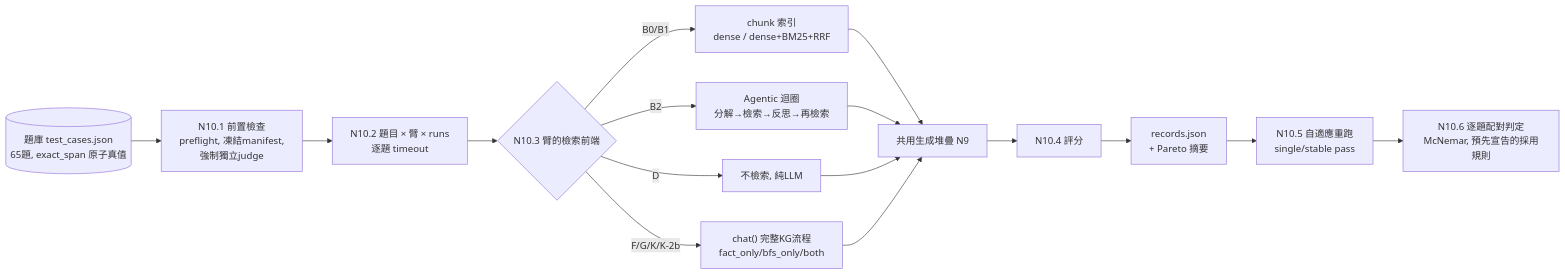
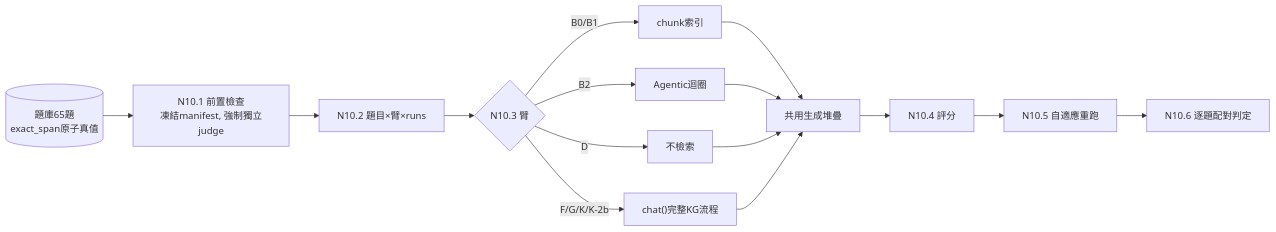
Diagram 12 of 13 in docs/報告/95_專案節點流程總覽與設計說明.md (Chester930/world-knowledge-graph-rag), drawn with Mermaid before and after one commit. The commit also changed other lines of this file and 1 other file, not shown here.

````diff
--- a/docs/報告/95_專案節點流程總覽與設計說明.md
+++ b/docs/報告/95_專案節點流程總覽與設計說明.md
@@ -472,16 +379,13 @@
 ```mermaid
 flowchart LR
-    BANK[("題庫 test_cases.json<br/>65題, exact_span 原子真值")] --> PF["N10.1 前置檢查<br/>preflight, 凍結manifest,<br/>強制獨立judge"]
-    PF --> LOOP["N10.2 題目 × 臂 × runs<br/>逐題 timeout"]
-    LOOP --> ARM{"N10.3 臂的檢索前端"}
-    ARM -- "D" --> D0["不檢索, 純LLM"]
-    ARM -- "B0/B1" --> CR["chunk 索引<br/>dense / dense+BM25+RRF"]
-    ARM -- "B2" --> AG["Agentic 迴圈<br/>分解→檢索→反思→再檢索"]
-    ARM -- "F/G/K/K-2b" --> KC["chat() 完整KG流程<br/>fact_only/bfs_only/both"]
-    CR & AG --> GEN["共用生成堆疊 N9"]
+    BANK[("題庫65題<br/>exact_span原子真值")] --> PF["N10.1 前置檢查<br/>凍結manifest, 強制獨立judge"]
+    PF --> LOOP["N10.2 題目×臂×runs"]
+    LOOP --> ARM{"N10.3 臂"}
+    ARM -- "D" --> D0["不檢索"]
+    ARM -- "B0/B1" --> CR["chunk索引"]
+    ARM -- "B2" --> AG["Agentic迴圈"]
+    ARM -- "F/G/K/K-2b" --> KC["chat()完整KG流程"]
+    CR & AG --> GEN["共用生成堆疊"]
     D0 & KC --> GEN
-    GEN --> SC["N10.4 評分"]
-    SC --> REC["records.json<br/>+ Pareto 摘要"]
-    REC --> AR["N10.5 自適應重跑<br/>single/stable pass"]
-    AR --> PJ["N10.6 逐題配對判定<br/>McNemar, 預先宣告的採用規則"]
+    GEN --> SC["N10.4 評分"] --> AR["N10.5 自適應重跑"] --> PJ["N10.6 逐題配對判定"]
 ```
````
